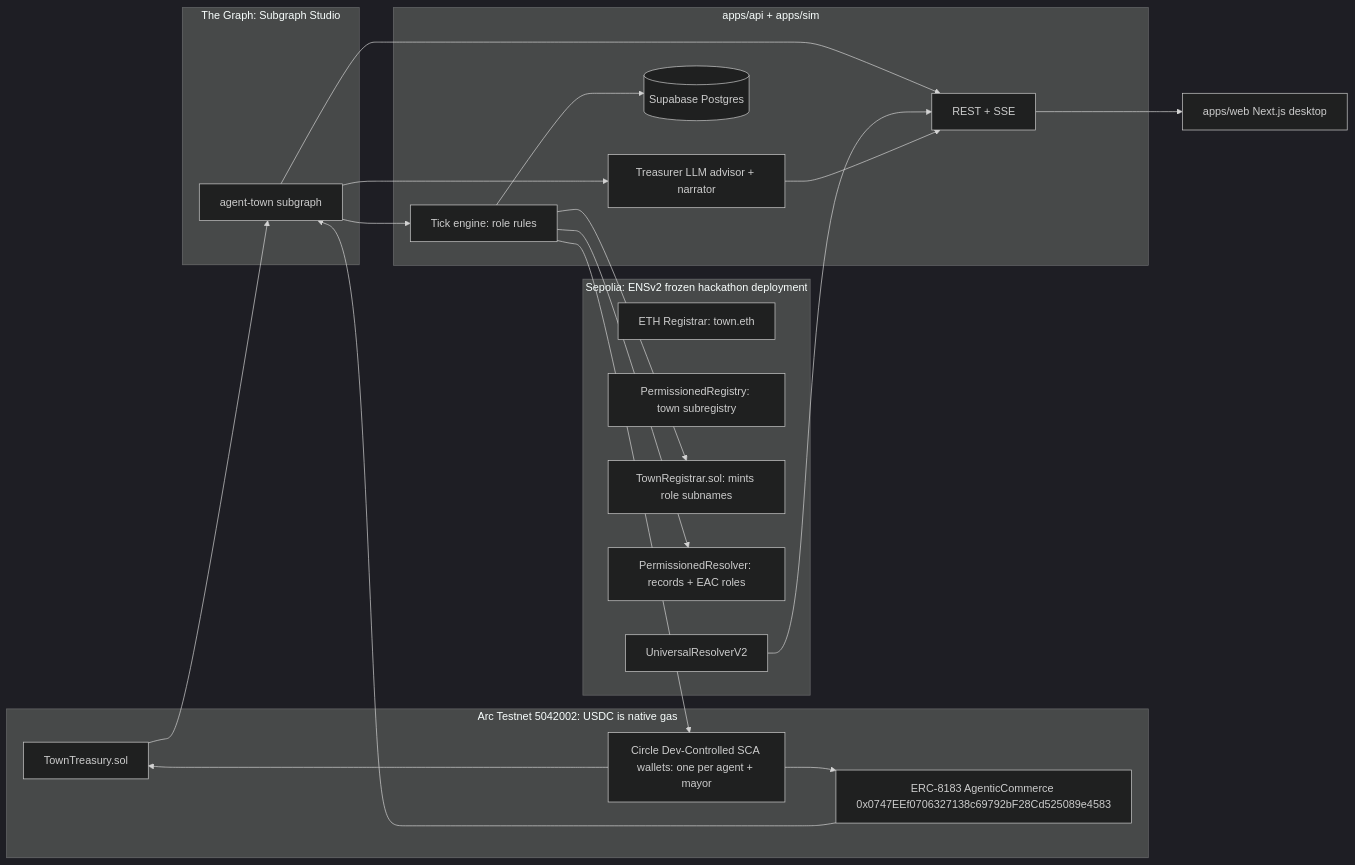
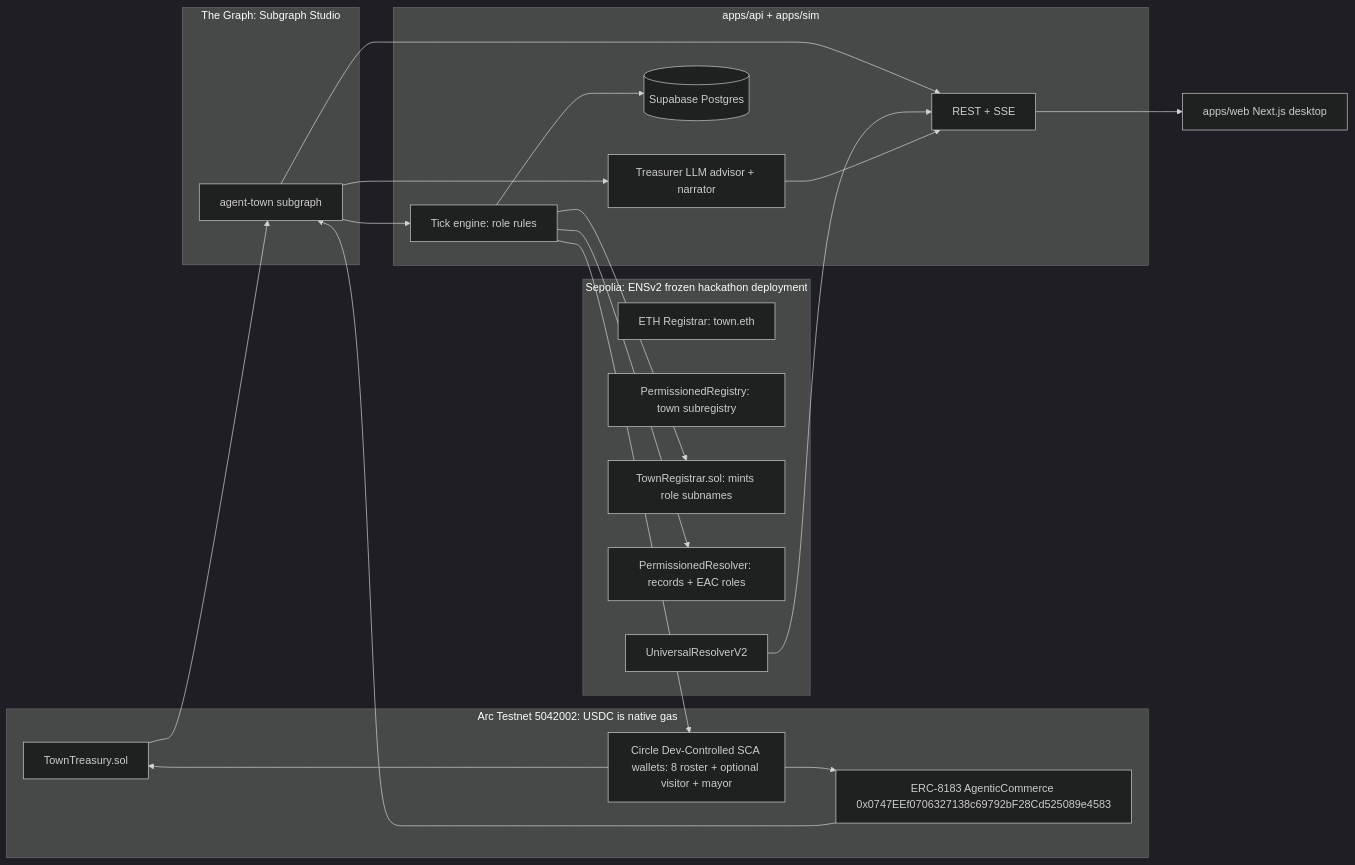
The first of 2 diagrams in docs/ARCHITECTURE.md (kenjohnscreates/agent-economy), drawn with Mermaid (dark theme) before and after one commit. The commit also changed other lines of this file and 31 other files, not shown here.

First line of the commit message:
M9.6: visitor agent — name, fund, deposit chat (#61)

````diff
--- a/docs/ARCHITECTURE.md
+++ b/docs/ARCHITECTURE.md
@@ -5,39 +5,39 @@
 ```mermaid
 flowchart LR
   subgraph sepolia [Sepolia: ENSv2 frozen hackathon deployment]
     EthReg[ETH Registrar: town.eth]
     SubReg[PermissionedRegistry: town subregistry]
     TownRegistrar[TownRegistrar.sol: mints role subnames]
     Resolver[PermissionedResolver: records + EAC roles]
     UR[UniversalResolverV2]
   end
   subgraph arc [Arc Testnet 5042002: USDC is native gas]
     Treasury[TownTreasury.sol]
     Jobs[ERC-8183 AgenticCommerce 0x0747EEf0706327138c69792bF28Cd525089e4583]
-    Wallets[Circle Dev-Controlled SCA wallets: one per agent + mayor]
+    Wallets[Circle Dev-Controlled SCA wallets: 8 roster + optional visitor + mayor]
   end
   subgraph graph [The Graph: Subgraph Studio]
     SG[agent-town subgraph]
   end
   subgraph backend [apps/api + apps/sim]
     Tick[Tick engine: role rules]
     Advisor[Treasurer LLM advisor + narrator]
     API[REST + SSE]
     DB[(Supabase Postgres)]
   end
   FE[apps/web Next.js desktop]
   Tick --> Wallets
   Wallets --> Treasury
   Wallets --> Jobs
   Treasury --> SG
   Jobs --> SG
   SG --> Tick
   SG --> Advisor
   SG --> API
   Tick --> TownRegistrar
   Tick --> Resolver
   UR --> API
   API --> FE
   Advisor --> API
   Tick --> DB
 ```
````
